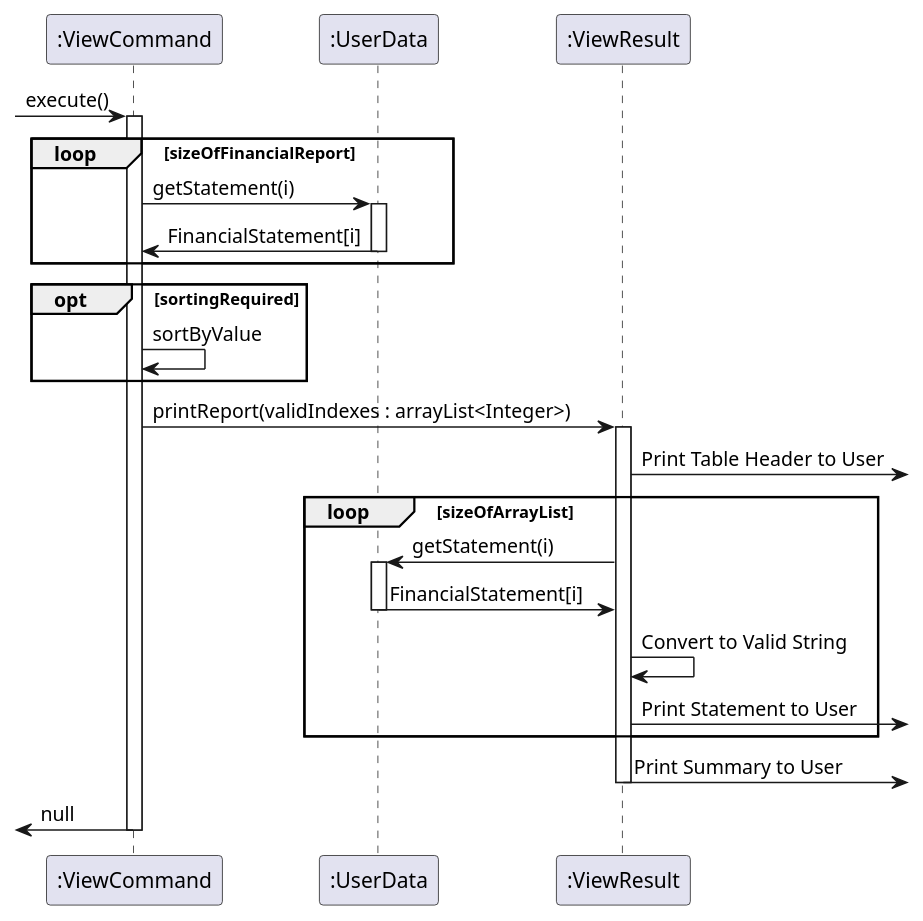
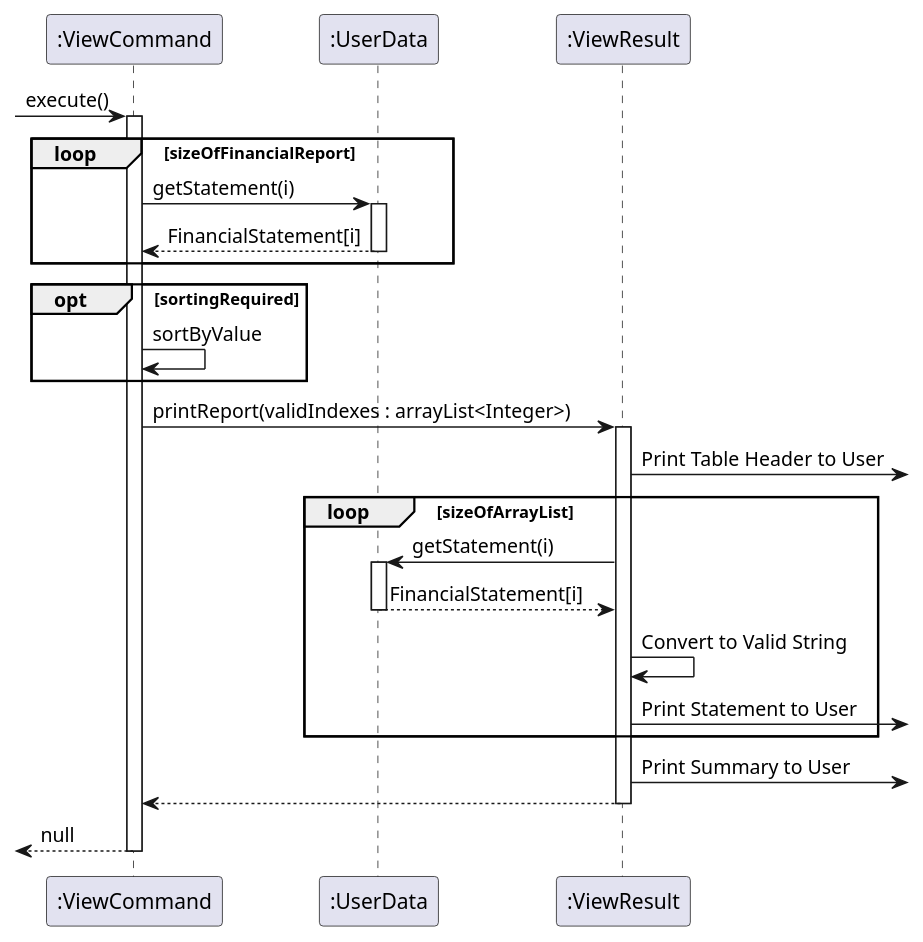
One commit to nus-cs2113-AY2223S2/tp changed the diagram in docs/diagrams/ViewCommand.puml. Above: the diagram before and after it, drawn with PlantUML. The commit also changed 2 other files, not shown here.

Commit message:
Update UML Diagram for view command

```diff
--- a/docs/diagrams/ViewCommand.puml
+++ b/docs/diagrams/ViewCommand.puml
@@ -1,42 +1,43 @@
 @startuml
 participant ":ViewCommand" as ViewCommand
 participant ":UserData" as UserData
 participant ":ViewResult" as ViewResult
 
 [-> ViewCommand : execute()
 activate ViewCommand
 
 loop sizeOfFinancialReport
     ViewCommand -> UserData : getStatement(i)
     activate UserData
-    UserData -> ViewCommand: FinancialStatement[i]
+    UserData --> ViewCommand: FinancialStatement[i]
     deactivate UserData
     end
         opt sortingRequired
         ViewCommand -> ViewCommand : sortByValue
     end
 
     ViewCommand -> ViewResult : printReport(validIndexes : arrayList<Integer>)
     activate ViewResult
 
 ViewResult ->] : Print Table Header to User
 loop sizeOfArrayList
     ViewResult -> UserData : getStatement(i)
     activate UserData
-    UserData -> ViewResult: FinancialStatement[i]
+    UserData --> ViewResult: FinancialStatement[i]
     deactivate UserData
     ViewResult -> ViewResult : Convert to Valid String
     ViewResult ->] : Print Statement to User
     end
     ViewResult ->] : Print Summary to User
+    ViewResult --> ViewCommand
     deactivate ViewResult
 
-ViewCommand ->[ : null
+ViewCommand -->[ : null
 deactivate ViewCommand
 
 
 
 
 
 
 @enduml
```
